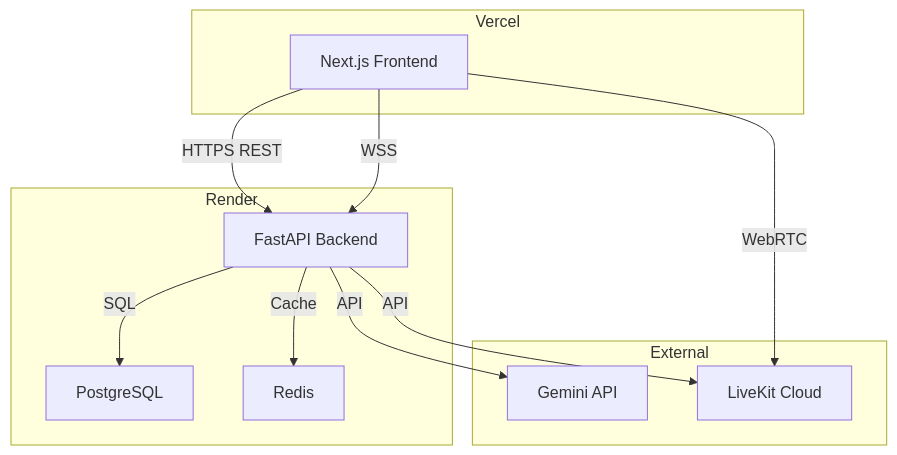
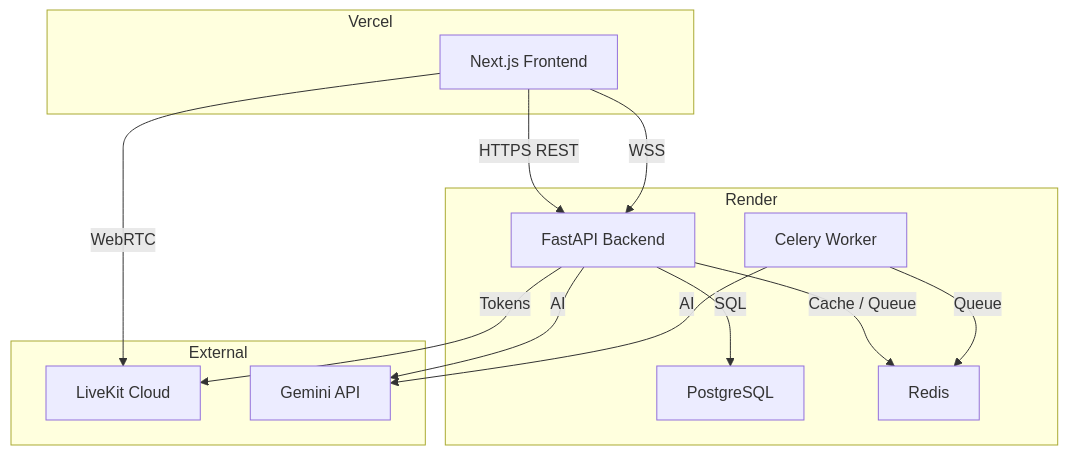
The diagram in docs/DEPLOYMENT.md (M0nGKol/SomPheas-AI-Interviewer), drawn with Mermaid before and after one commit. The commit also changed other lines of this file and 8 other files, not shown here.

````diff
--- a/docs/DEPLOYMENT.md
+++ b/docs/DEPLOYMENT.md
@@ -8,25 +8,25 @@
 ```mermaid
 graph TB
     subgraph Vercel
         FE[Next.js Frontend]
     end
-
     subgraph Render
         API[FastAPI Backend]
+        WORKER[Celery Worker]
         DB[PostgreSQL]
         REDIS[Redis]
     end
-
     subgraph External
         LK[LiveKit Cloud]
         GEMINI[Gemini API]
     end
-
     FE -->|HTTPS REST| API
     FE -->|WSS| API
     FE -->|WebRTC| LK
     API -->|SQL| DB
-    API -->|Cache| REDIS
-    API -->|API| GEMINI
-    API -->|API| LK
+    API -->|Cache / Queue| REDIS
+    WORKER -->|Queue| REDIS
+    API -->|AI| GEMINI
+    WORKER -->|AI| GEMINI
+    API -->|Tokens| LK
 ```
````
